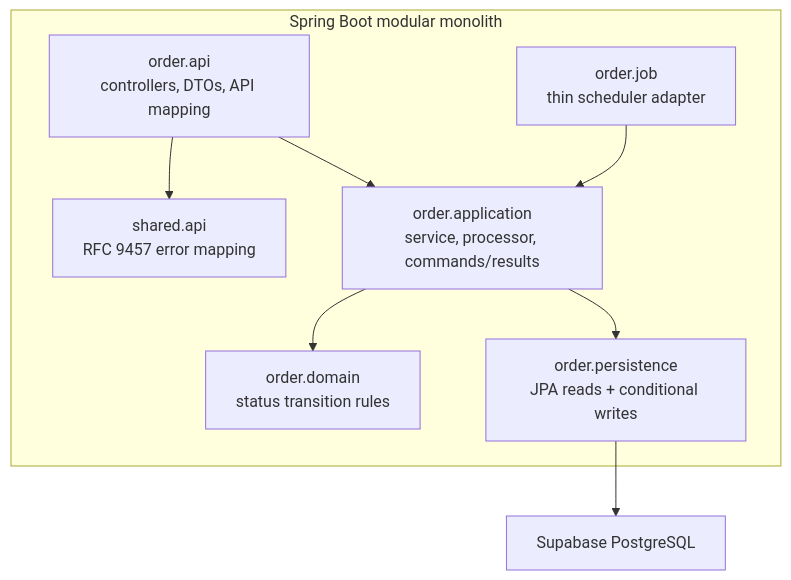
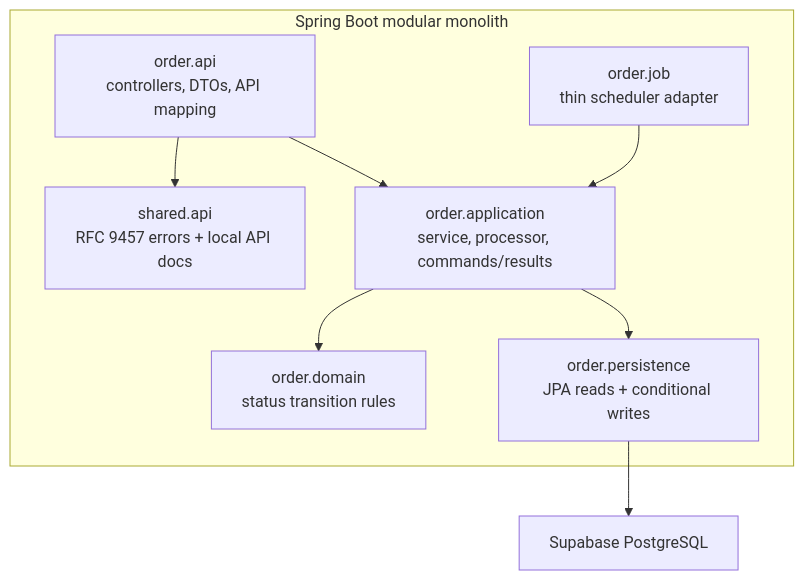
The second of 4 diagrams in docs/ARCHITECTURE.md (rkk891/orderprocesingsystem), drawn with Mermaid before and after one commit. The commit also changed other lines of this file and 22 other files, not shown here.

````diff
--- a/docs/ARCHITECTURE.md
+++ b/docs/ARCHITECTURE.md
@@ -52,17 +52,17 @@
 ```mermaid
 flowchart TB
     subgraph App["Spring Boot modular monolith"]
       API["order.api\ncontrollers, DTOs, API mapping"]
-      Handler["shared.api\nRFC 9457 error mapping"]
+      Handler["shared.api\nRFC 9457 errors + local API docs"]
       UseCases["order.application\nservice, processor, commands/results"]
       Domain["order.domain\nstatus transition rules"]
       Repo["order.persistence\nJPA reads + conditional writes"]
       Trigger["order.job\nthin scheduler adapter"]
       API --> UseCases
       API --> Handler
       UseCases --> Domain
       UseCases --> Repo
       Trigger --> UseCases
     end
     Repo --> PostgreSQL["Supabase PostgreSQL"]
 ```
````
